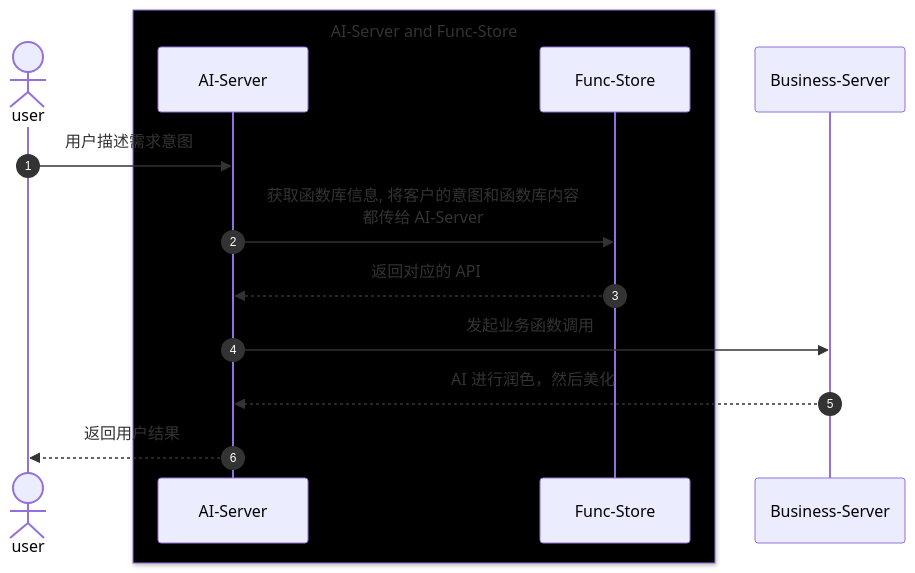
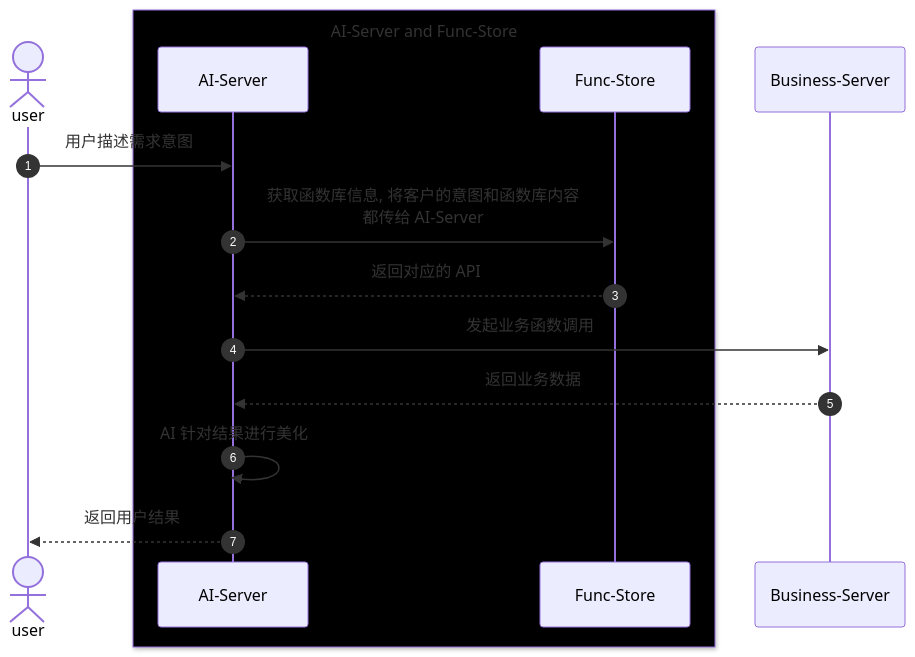
Before and after one commit to blueair5/spring-ai: the diagram in src/main/docs/spring-ai/ChatClient.md, drawn with Mermaid. The commit also changed other lines of this file and 2 other files, not shown here.

Commit message:
一个虚假的 func-call 的实现

````diff
--- a/src/main/docs/spring-ai/ChatClient.md
+++ b/src/main/docs/spring-ai/ChatClient.md
@@ -5,22 +5,24 @@
 ```mermaid
 sequenceDiagram
     autonumber
     actor user
 
     box black AI-Server and Func-Store
     participant AI-Server
     participant Func-Store
     end
 
     participant Business-Server
 
     user ->> AI-Server: 用户描述需求意图
     AI-Server ->> Func-Store: 获取函数库信息, 将客户的意图和函数库内容 <br/> 都传给 AI-Server
     Func-Store -->> AI-Server: 返回对应的 API
 
 
     AI-Server ->> Business-Server: 发起业务函数调用
-    Business-Server -->> AI-Server: AI 进行润色，然后美化
+    Business-Server -->> AI-Server: 返回业务数据
+    
+    AI-Server ->> AI-Server: AI 针对结果进行美化 
 
     AI-Server -->> user: 返回用户结果
 ```
````
